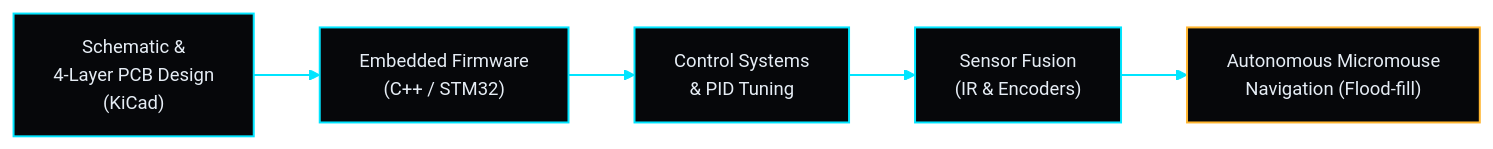
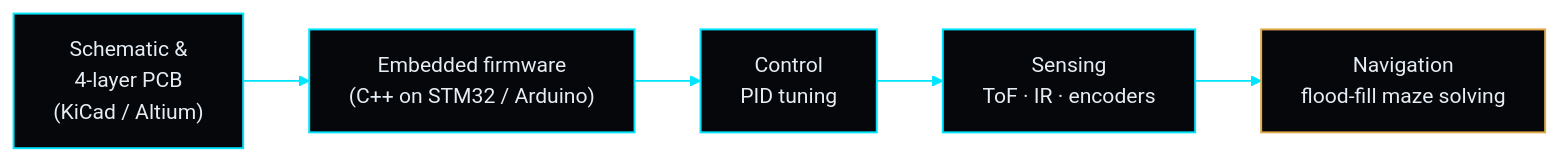
The diagram in README.md (madukamalruk/madukamalruk), drawn with Mermaid before and after one commit. The commit also changed other lines of this file and 1 other file, not shown here.

````diff
--- a/README.md
+++ b/README.md
@@ -147,17 +107,16 @@
 ```mermaid
-%%{init: {"theme": "base", "themeVariables": {"background": "#06070A", "primaryColor": "#06070A", "primaryTextColor": "#E6EDF5", "primaryBorderColor": "#00E5FF", "lineColor": "#00E5FF", "fontFamily": "JetBrains Mono, monospace", "fontSize": "14px"}}}%%
 flowchart LR
-    PCB["Schematic &<br/>4-Layer PCB Design<br/>(KiCad)"]
-    FW["Embedded Firmware<br/>(C++ / STM32)"]
-    CTRL["Control Systems<br/>& PID Tuning"]
-    SENSE["Sensor Fusion<br/>(IR & Encoders)"]
-    NAV["Autonomous Micromouse<br/>Navigation (Flood-fill)"]
+    PCB["Schematic &amp;<br/>4-layer PCB<br/>(KiCad / Altium)"]
+    FW["Embedded firmware<br/>(C++ on STM32 / Arduino)"]
+    CTRL["Control<br/>PID tuning"]
+    SENSE["Sensing<br/>ToF · IR · encoders"]
+    NAV["Navigation<br/>flood-fill maze solving"]
 
     PCB --> FW --> CTRL --> SENSE --> NAV
 
     classDef stage fill:#06070A,stroke:#00E5FF,stroke-width:1.5px,color:#E6EDF5
-    classDef goal fill:#06070A,stroke:#FFB52E,stroke-width:1.5px,color:#E6EDF5
+    classDef goal fill:#06070A,stroke:#E0A84A,stroke-width:1.5px,color:#E6EDF5
     class PCB,FW,CTRL,SENSE stage
     class NAV goal
     linkStyle default stroke:#00E5FF,stroke-width:1.5px
 ```
````
